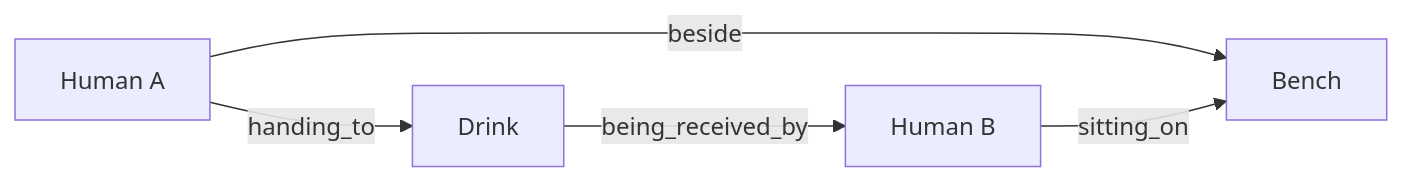
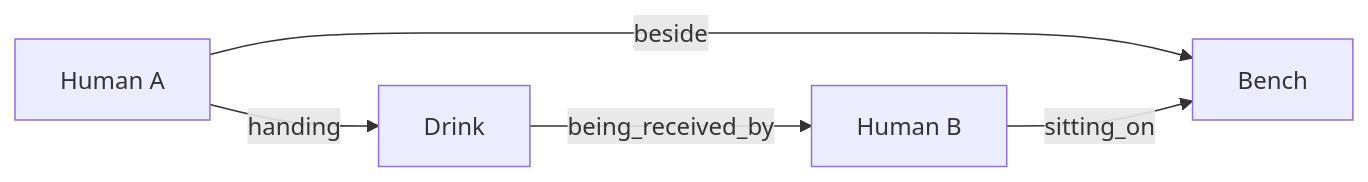
The diagram in docs/engines/Relation_Engine.md (whatrune/sd-prompt-studio), drawn with Mermaid before and after one commit. The commit also changed other lines of this file and 2 other files, not shown here.

Commit message:
Align resolved relation graph schema

````diff
--- a/docs/engines/Relation_Engine.md
+++ b/docs/engines/Relation_Engine.md
@@ -7,7 +7,7 @@
 ```mermaid
 graph LR
-    A["Human A"] -->|handing_to| O["Drink"]
+    A["Human A"] -->|handing| O["Drink"]
     O -->|being_received_by| B["Human B"]
     A -->|beside| Bench["Bench"]
     B -->|sitting_on| Bench
 ```
````
